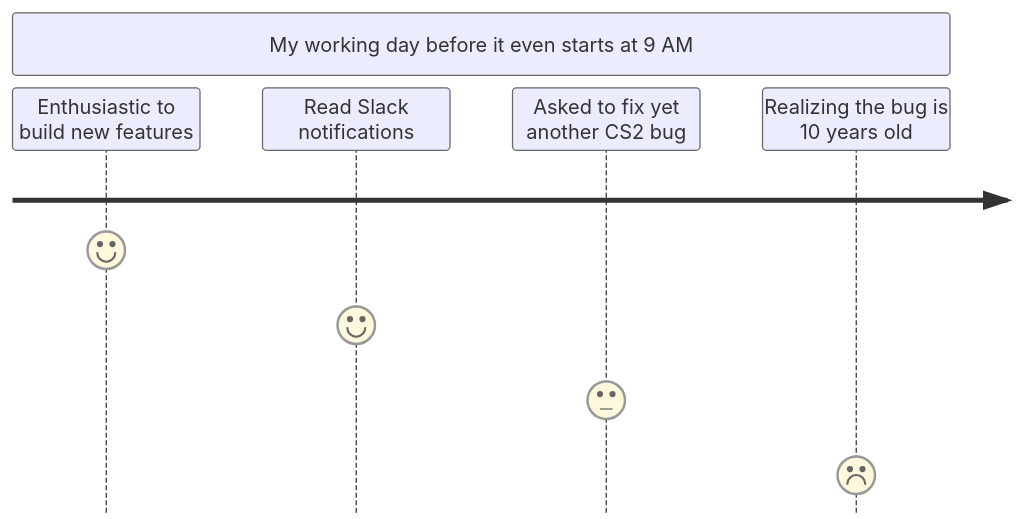
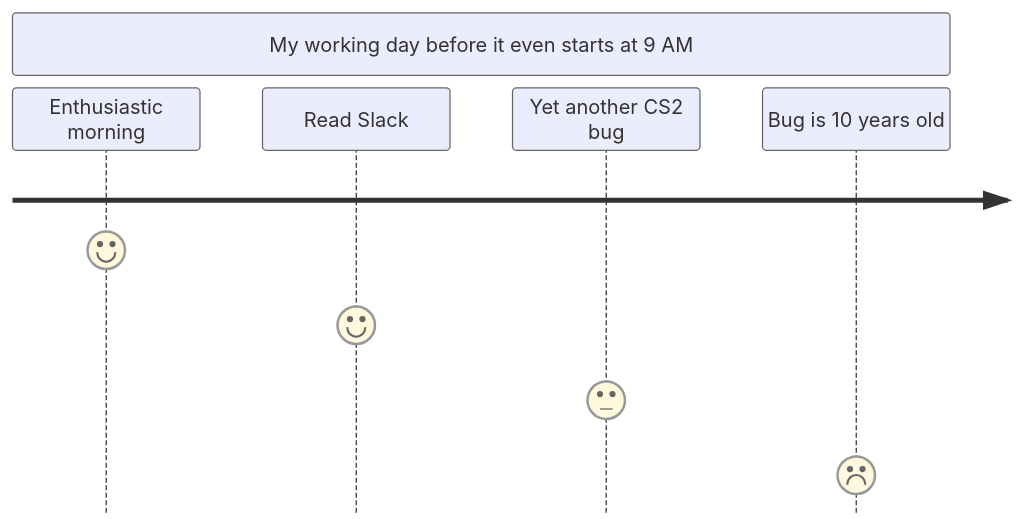
One commit to freudenjmp/blog changed the first of 9 diagrams in _posts/2024-01-12-no-user-logon.md. Above: the diagram before and after it, drawn with Mermaid. The commit also changed other lines of this file, not shown here.

````diff
--- a/_posts/2024-01-12-no-user-logon.md
+++ b/_posts/2024-01-12-no-user-logon.md
@@ -51,8 +53,8 @@
 ```mermaid
 journey
   section My working day before it even starts at 9 AM
-    Enthusiastic to build new features: 7
-    Read Slack notifications: 5
-    Asked to fix yet another CS2 bug: 3
-    Realizing the bug is 10 years old: 1
+    Enthusiastic morning: 7
+    Read Slack: 5
+    Yet another CS2 bug: 3
+    Bug is 10 years old: 1
 ```
````
